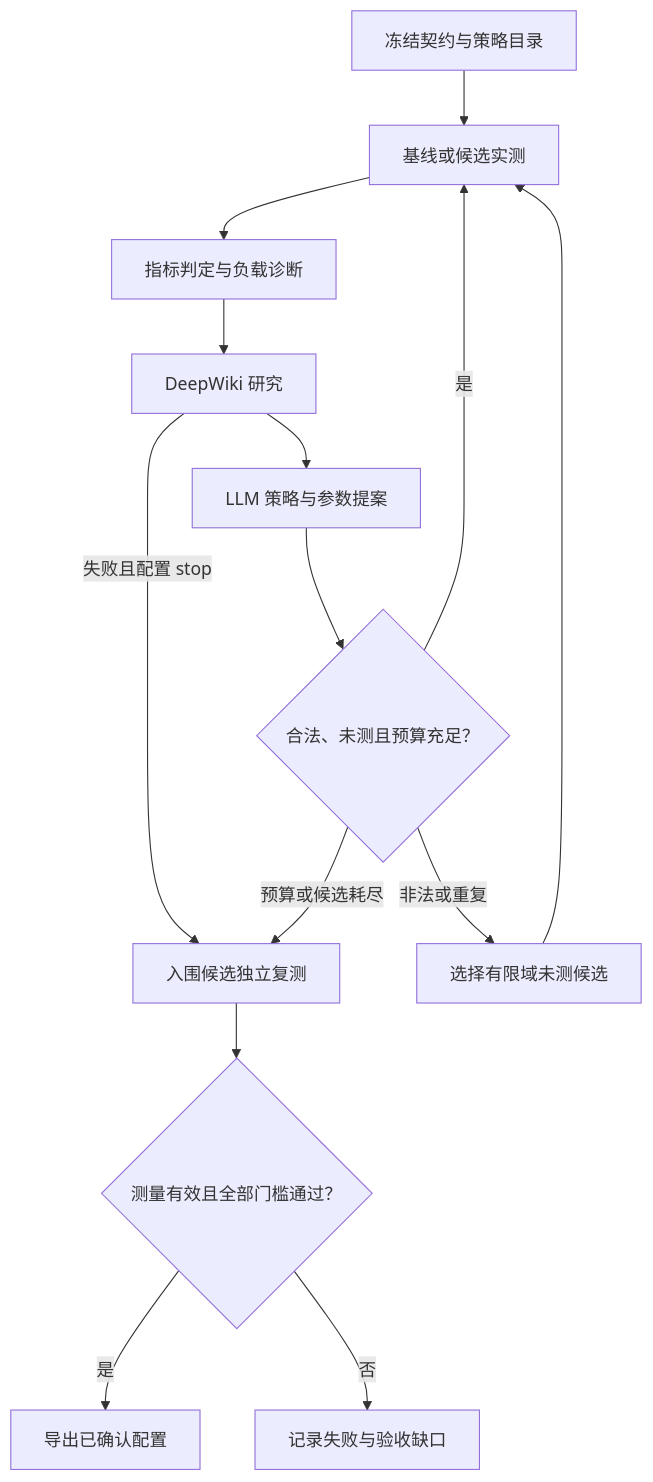
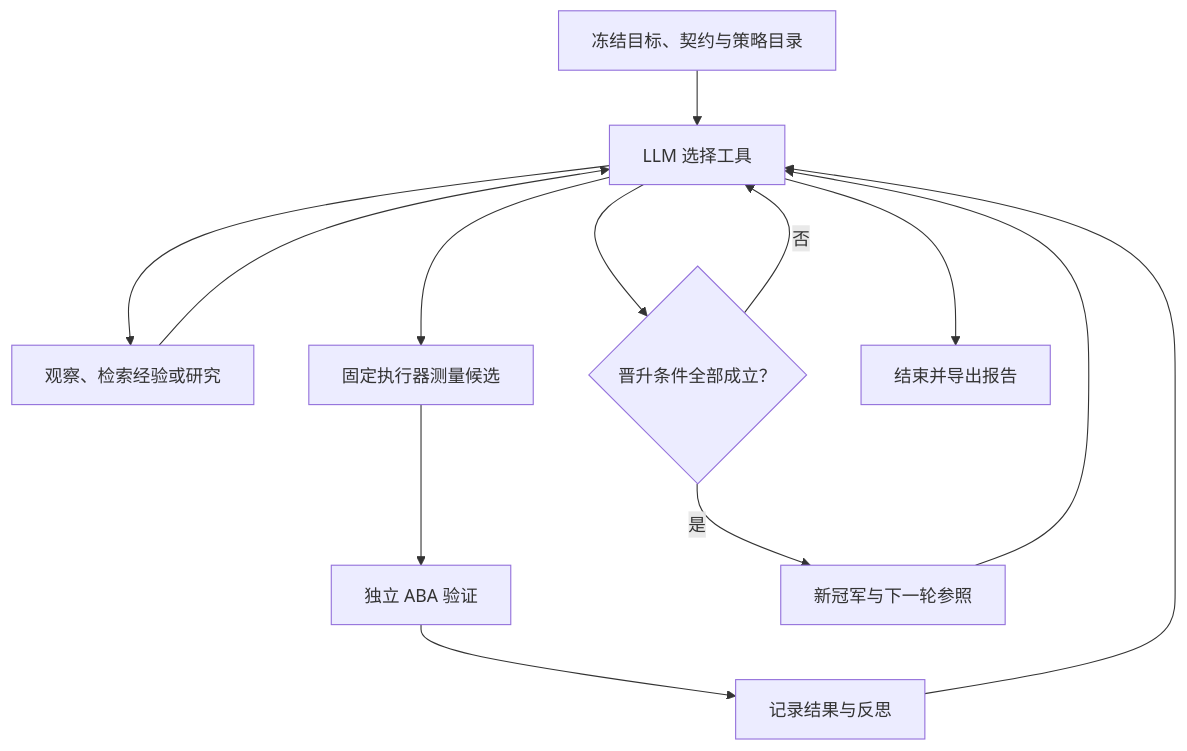
One commit to xushuwei281/ascend-poc-autotuner changed the diagram in docs/architecture.md. Above: the diagram before and after it, drawn with Mermaid. The commit also changed other lines of this file and 21 other files, not shown here.

````diff
--- a/docs/architecture.md
+++ b/docs/architecture.md
@@ -19,16 +20,15 @@
 ```mermaid
 flowchart TD
-    C["冻结契约与策略目录"] --> M["基线或候选实测"]
-    M --> D["指标判定与负载诊断"]
-    D --> Q["DeepWiki 研究"]
-    Q --> L["LLM 策略与参数提案"]
-    Q -->|失败且配置 stop| V["入围候选独立复测"]
-    L --> G{"合法、未测且预算充足？"}
-    G -->|是| M
-    G -->|非法或重复| F["选择有限域未测候选"]
-    F --> M
-    G -->|预算或候选耗尽| V
-    V --> A{"测量有效且全部门槛通过？"}
-    A -->|是| B["导出已确认配置"]
-    A -->|否| R["记录失败与验收缺口"]
+    I["冻结目标、契约与策略目录"] --> L["LLM 选择工具"]
+    L --> O["观察、检索经验或研究"]
+    O --> L
+    L --> E["固定执行器测量候选"]
+    E --> V["独立 ABA 验证"]
+    V --> R["记录结果与反思"]
+    R --> L
+    L --> G{"晋升条件全部成立？"}
+    G -->|是| C["新冠军与下一轮参照"]
+    C --> L
+    G -->|否| L
+    L --> F["结束并导出报告"]
 ```
````
